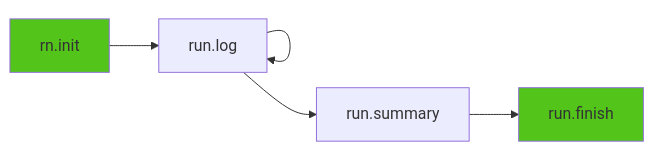
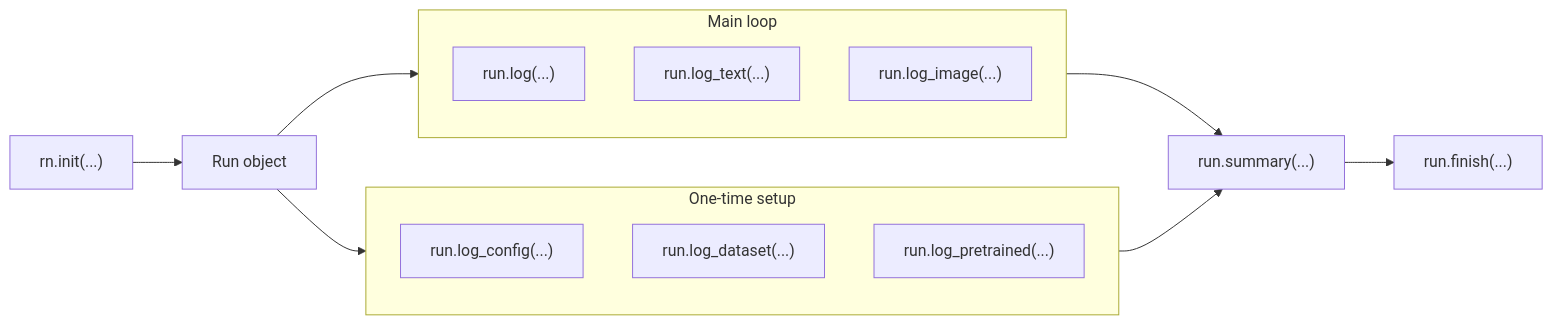
The diagram in docs/user-guide/docs/sdk/overview.md (Skydoge-zjm/Runicorn), drawn with Mermaid before and after one commit. The commit also changed other lines of this file and 71 other files, not shown here.

Commit message:
docs: restructure 0.7.0 user docs and fix run detail image loading

````diff
--- a/docs/user-guide/docs/sdk/overview.md
+++ b/docs/user-guide/docs/sdk/overview.md
@@ -11,10 +18,25 @@
 ```mermaid
-graph LR
-    A[rn.init] --> B[run.log]
-    B --> B
-    B --> C[run.summary]
-    C --> D[run.finish]
-    
-    style A fill:#52c41a
-    style D fill:#52c41a
+flowchart LR
+    A["rn.init(...)"] --> B["Run object"]
+
+    B --> O1
+    B --> L1
+
+    subgraph O["One-time setup"]
+        direction TB
+        O1["run.log_config(...)"]
+        O2["run.log_dataset(...)"]
+        O3["run.log_pretrained(...)"]
+    end
+
+    subgraph L["Main loop"]
+        direction TB
+        L1["run.log(...)"]
+        L2["run.log_text(...)"]
+        L3["run.log_image(...)"]
+    end
+
+    O --> S["run.summary(...)"]
+    L --> S
+    S --> F["run.finish(...)"]
 ```
````
